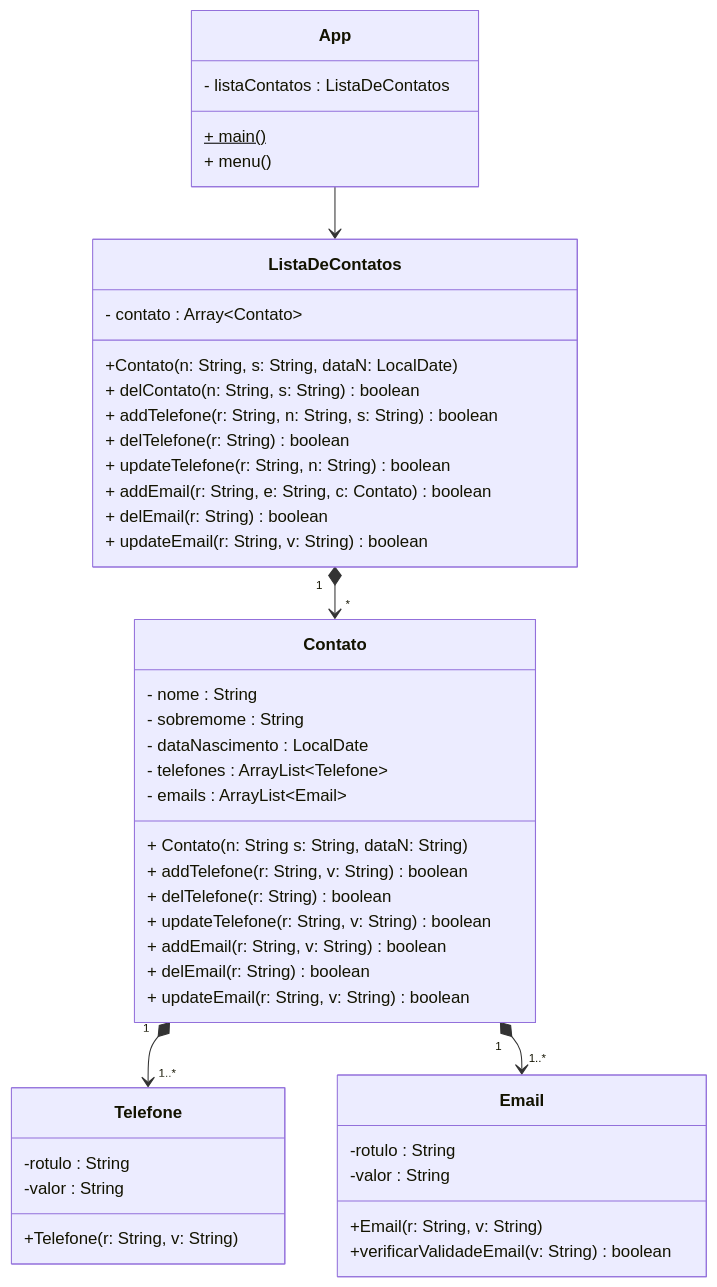
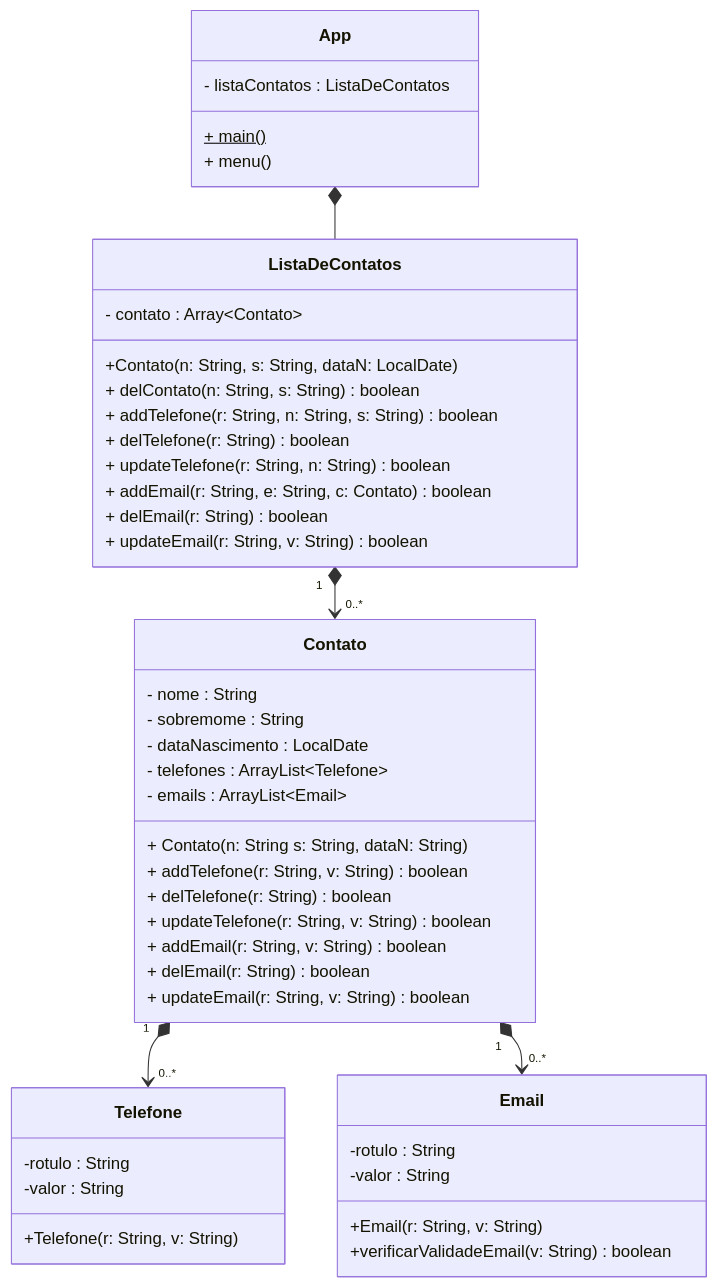
One commit to ThaysMariano/POO_IFSC changed the diagram in AgendaTelefonica/Readme.md. Above: the diagram before and after it, drawn with Mermaid.

````diff
--- a/AgendaTelefonica/Readme.md
+++ b/AgendaTelefonica/Readme.md
@@ -4,67 +4,67 @@
 ```mermaid
 
 classDiagram
 
     direction TB
  
-    ListaDeContatos "1" *--> "*" Contato
-    Contato "1" *--> "1..*" Telefone
-    Contato "1" *--> "1..*" Email
-    App --> ListaDeContatos
+    ListaDeContatos "1" *--> "0..*" Contato
+    Contato "1" *--> "0..*" Telefone
+    Contato "1" *--> "0..*" Email
+    App *-- ListaDeContatos
     
     
     class App{
         - listaContatos : ListaDeContatos
         + main()$
         + menu()
     }
     
     class ListaDeContatos{
         - contato : Array~Contato~
         
         +Contato(n: String, s: String, dataN: LocalDate)
         + delContato(n: String, s: String)  boolean
         + addTelefone(r: String, n: String, s: String) boolean
         + delTelefone(r: String) boolean
         + updateTelefone(r: String, n: String) boolean
         + addEmail(r: String, e: String, c: Contato) boolean
         + delEmail(r: String) boolean
         + updateEmail(r: String, v: String) boolean
     }
     
     class Contato{
         - nome : String
         - sobremome : String
         - dataNascimento : LocalDate
         - telefones : ArrayList~Telefone~
         - emails : ArrayList~Email~
         
         + Contato(n: String s: String, dataN: String)
         + addTelefone(r: String, v: String) boolean
         + delTelefone(r: String) boolean
         + updateTelefone(r: String, v: String) boolean
         + addEmail(r: String, v: String) boolean
         + delEmail(r: String) boolean
         + updateEmail(r: String, v: String) boolean
         
     }
     
     class Telefone{
         -rotulo : String
         -valor : String
         
         +Telefone(r: String, v: String)
         
     }
     
     class Email{
         -rotulo : String
         -valor : String
         
         +Email(r: String, v: String)
         +verificarValidadeEmail(v: String) boolean
     }
 
 
 
 ```
````
